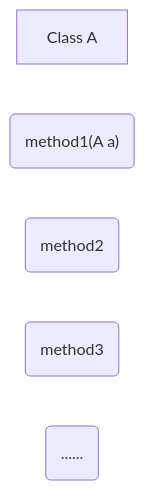
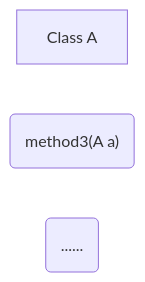
The diagram in _posts/designPatterns/2021-06-07-chain-of-responsibility.md (kekaiyuan/resource), drawn with Mermaid before and after one commit.

Commit message:
修改文件: _posts/designPatterns/2021-06-07-chain-of-responsibility.md

````diff
--- a/_posts/designPatterns/2021-06-07-chain-of-responsibility.md
+++ b/_posts/designPatterns/2021-06-07-chain-of-responsibility.md
@@ -17,8 +17,8 @@
 ```mermaid
 graph LR; 
 A[Class A]
 B("method1(A a)")
-C(method2)
-D(method3)
+B("method2(A a)")
+B("method3(A a)")
 E(......)
 ``` 
````
